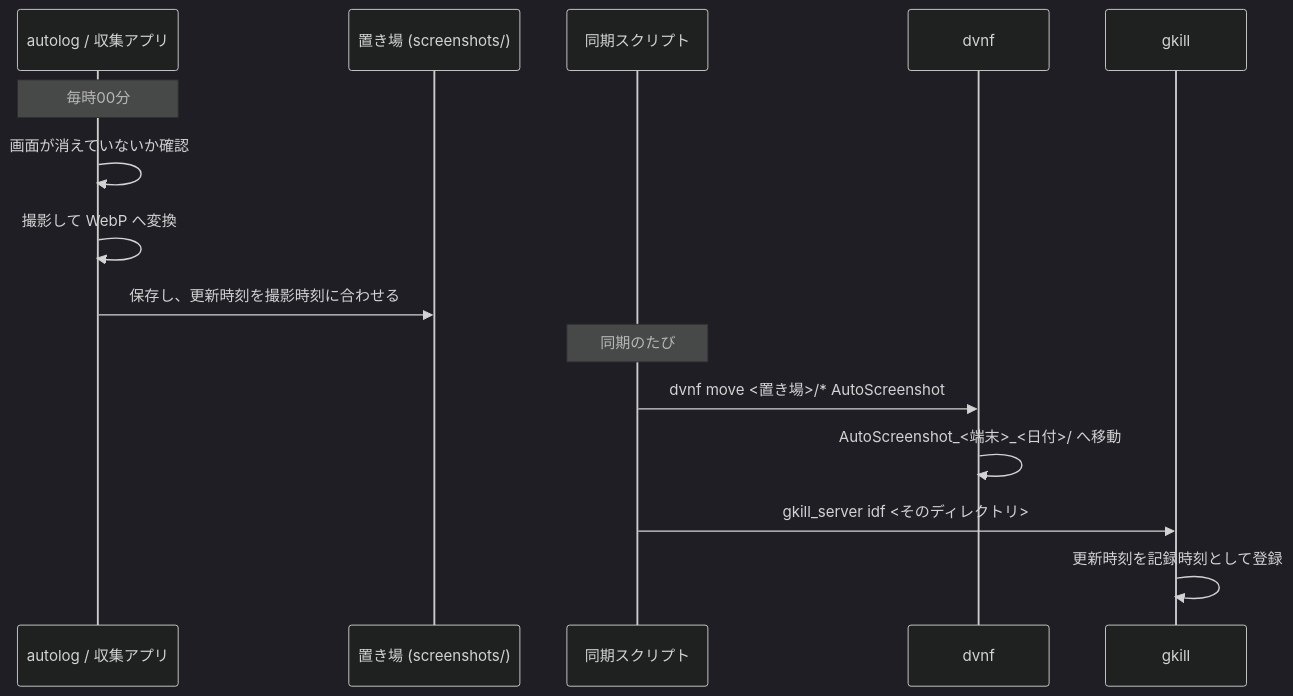
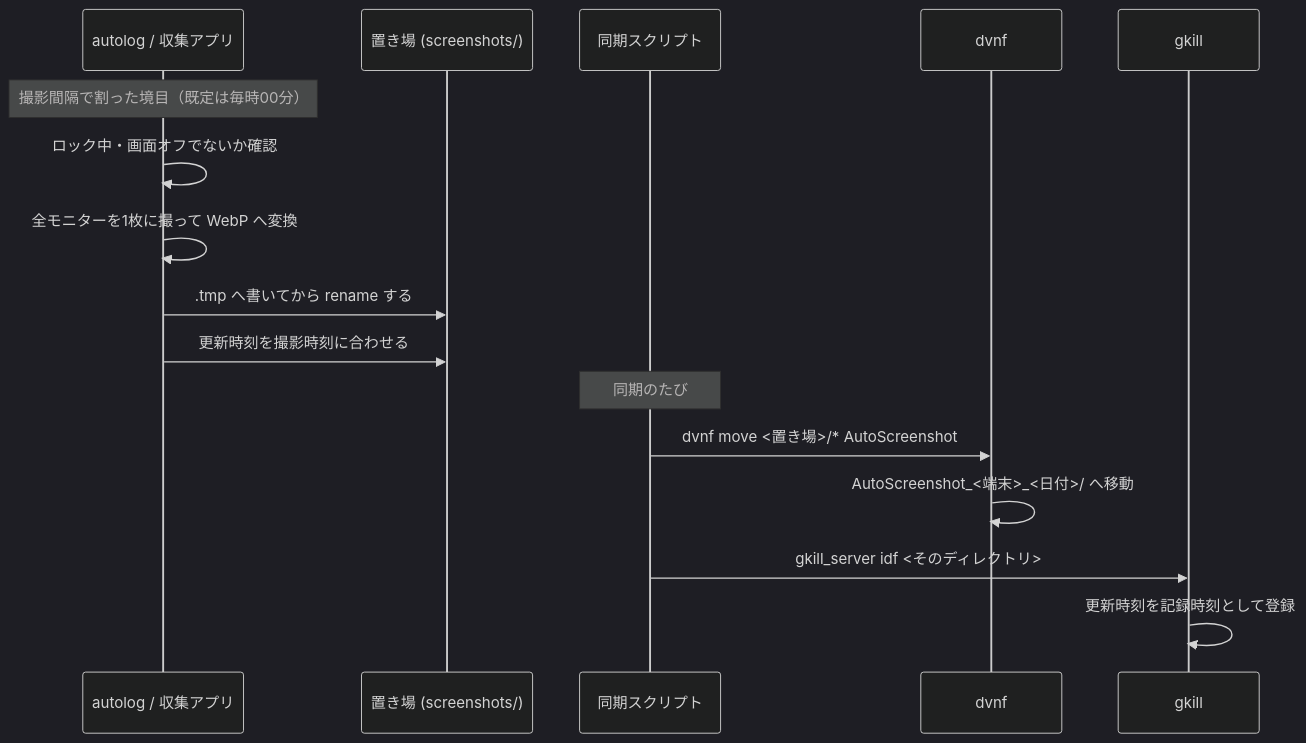
Before and after one commit to mt3hr/gkill_autolog: the third of 6 diagrams in documents/reverse/sequence-diagrams.md, drawn with Mermaid (dark theme). The commit also changed other lines of this file and 19 other files, not shown here.

````diff
--- a/documents/reverse/sequence-diagrams.md
+++ b/documents/reverse/sequence-diagrams.md
@@ -70,19 +76,20 @@
 ```mermaid
 sequenceDiagram
     participant C as autolog / 収集アプリ
     participant D as 置き場 (screenshots/)
     participant Y as 同期スクリプト
     participant V as dvnf
     participant G as gkill
 
-    Note over C: 毎時00分
-    C->>C: 画面が消えていないか確認
-    C->>C: 撮影して WebP へ変換
-    C->>D: 保存し、更新時刻を撮影時刻に合わせる
+    Note over C: 撮影間隔で割った境目（既定は毎時00分）
+    C->>C: ロック中・画面オフでないか確認
+    C->>C: 全モニターを1枚に撮って WebP へ変換
+    C->>D: .tmp へ書いてから rename する
+    C->>D: 更新時刻を撮影時刻に合わせる
 
     Note over Y: 同期のたび
     Y->>V: dvnf move <置き場>/* AutoScreenshot
     V->>V: AutoScreenshot_<端末>_<日付>/ へ移動
     Y->>G: gkill_server idf <そのディレクトリ>
     G->>G: 更新時刻を記録時刻として登録
 ```
````
